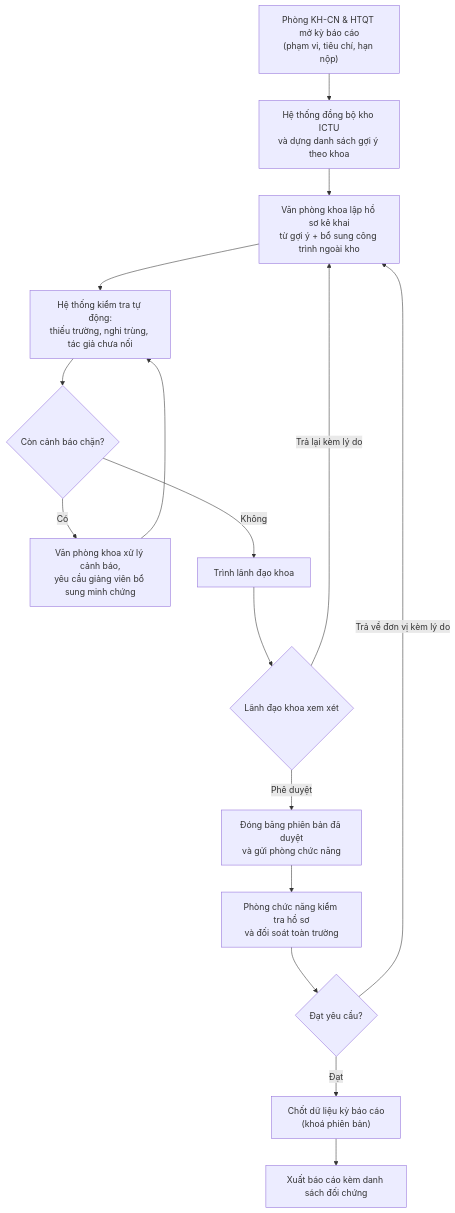
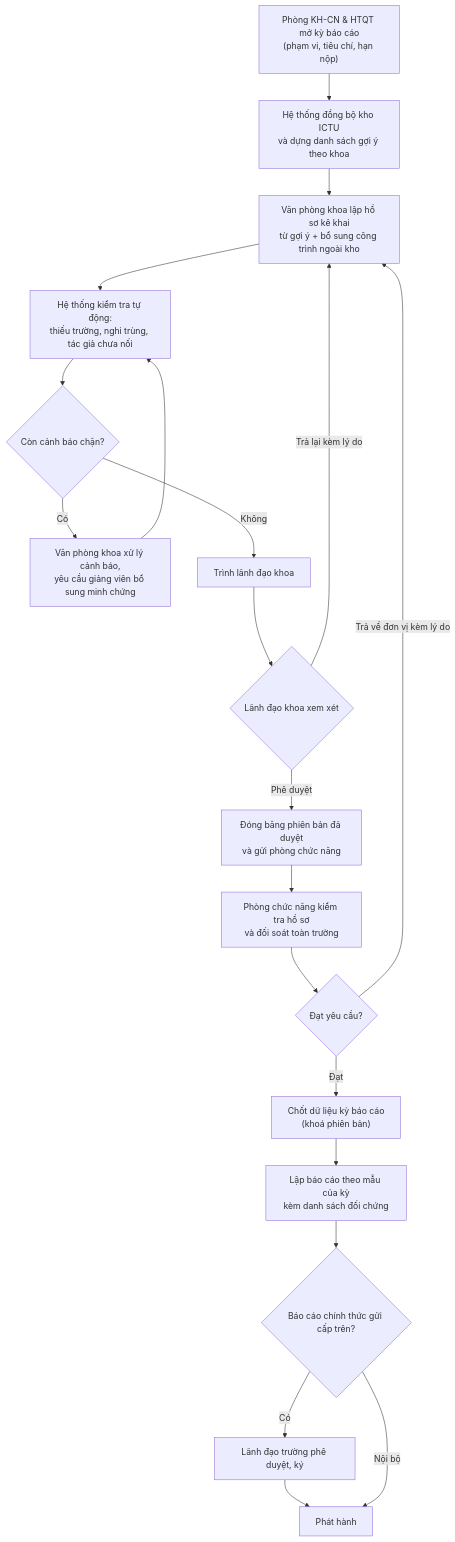
Before and after one commit to maiychrus25/ICTU-CRIS: the first of 2 diagrams in docs/ba/01-bpmn.md, drawn with Mermaid. The commit also changed other lines of this file and 15 other files, not shown here.

````diff
--- a/docs/ba/01-bpmn.md
+++ b/docs/ba/01-bpmn.md
@@ -5,24 +5,29 @@
 ```mermaid
 flowchart TD
     A["Phòng KH-CN &amp; HTQT mở kỳ báo cáo<br/>(phạm vi, tiêu chí, hạn nộp)"]
     B["Hệ thống đồng bộ kho ICTU<br/>và dựng danh sách gợi ý theo khoa"]
     C["Văn phòng khoa lập hồ sơ kê khai<br/>từ gợi ý + bổ sung công trình ngoài kho"]
     D["Hệ thống kiểm tra tự động:<br/>thiếu trường, nghi trùng, tác giả chưa nối"]
     E{"Còn cảnh báo chặn?"}
     F["Văn phòng khoa xử lý cảnh báo,<br/>yêu cầu giảng viên bổ sung minh chứng"]
     G["Trình lãnh đạo khoa"]
     H{"Lãnh đạo khoa xem xét"}
     I["Đóng băng phiên bản đã duyệt<br/>và gửi phòng chức năng"]
     J["Phòng chức năng kiểm tra hồ sơ<br/>và đối soát toàn trường"]
     K{"Đạt yêu cầu?"}
     L["Chốt dữ liệu kỳ báo cáo<br/>(khoá phiên bản)"]
-    M["Xuất báo cáo kèm danh sách đối chứng"]
+    M["Lập báo cáo theo mẫu của kỳ<br/>kèm danh sách đối chứng"]
+    N{"Báo cáo chính thức gửi cấp trên?"}
+    O["Lãnh đạo trường phê duyệt, ký"]
+    P["Phát hành"]
 
     A --> B --> C --> D --> E
     E -- "Có" --> F --> D
     E -- "Không" --> G --> H
     H -- "Trả lại kèm lý do" --> C
     H -- "Phê duyệt" --> I --> J --> K
     K -- "Trả về đơn vị kèm lý do" --> C
-    K -- "Đạt" --> L --> M
+    K -- "Đạt" --> L --> M --> N
+    N -- "Có" --> O --> P
+    N -- "Nội bộ" --> P
 ```
````
